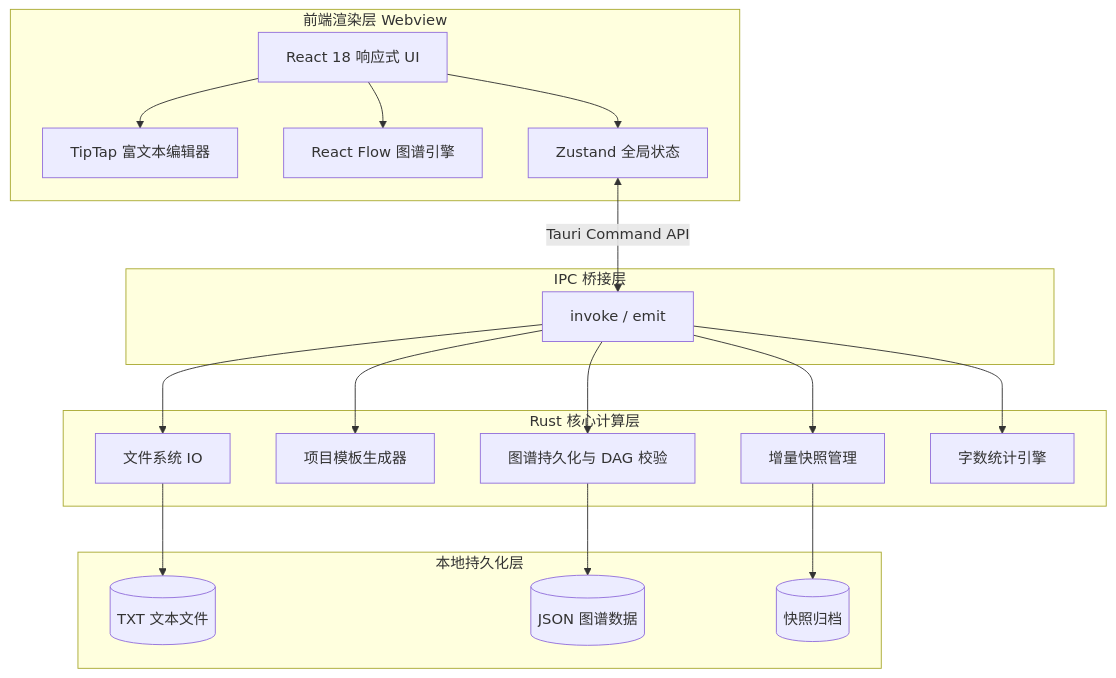
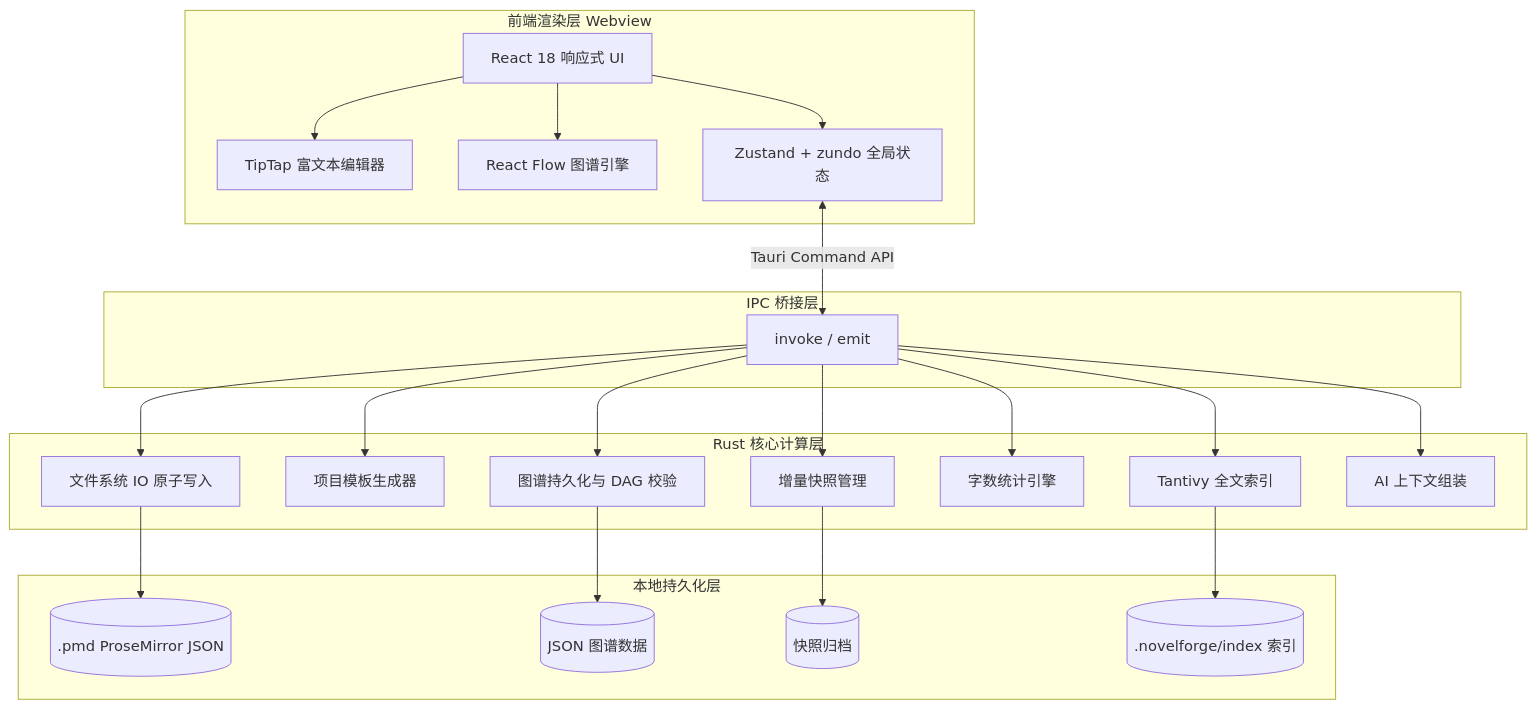
Before and after one commit to fanquanpp/MiaoChuangShuo: the diagram in README.md, drawn with Mermaid. The commit also changed other lines of this file and 1 other file, not shown here.

````diff
--- a/README.md
+++ b/README.md
@@ -249,26 +151,29 @@
 ```mermaid
 graph TD
     subgraph 前端渲染层 Webview
         UI[React 18 响应式 UI] --> Editor[TipTap 富文本编辑器]
         UI --> Graph[React Flow 图谱引擎]
-        UI --> State[Zustand 全局状态]
+        UI --> State[Zustand + zundo 全局状态]
     end
 
     subgraph IPC 桥接层
         State <-->|Tauri Command API| Bridge[invoke / emit]
     end
 
     subgraph Rust 核心计算层
-        Bridge --> FS[文件系统 IO]
+        Bridge --> FS[文件系统 IO 原子写入]
         Bridge --> Template[项目模板生成器]
         Bridge --> GraphCalc[图谱持久化与 DAG 校验]
         Bridge --> Snapshot[增量快照管理]
         Bridge --> WordCount[字数统计引擎]
+        Bridge --> Tantivy[Tantivy 全文索引]
+        Bridge --> AiCtx[AI 上下文组装]
     end
 
     subgraph 本地持久化层
-        FS --> TXT[(TXT 文本文件)]
+        FS --> PMD[(.pmd ProseMirror JSON)]
         GraphCalc --> JSON[(JSON 图谱数据)]
         Snapshot --> ZIP[(快照归档)]
+        Tantivy --> IDX[(.novelforge/index 索引)]
     end
 ```
````
